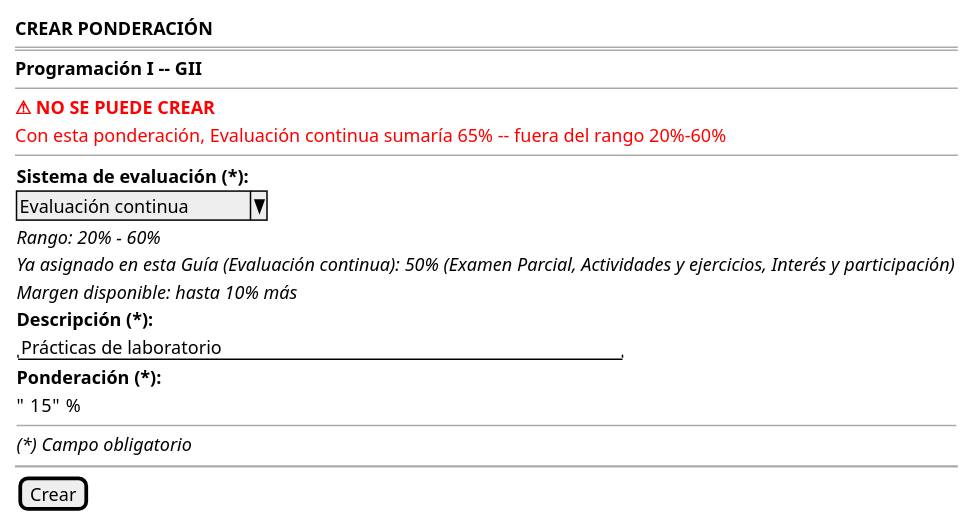
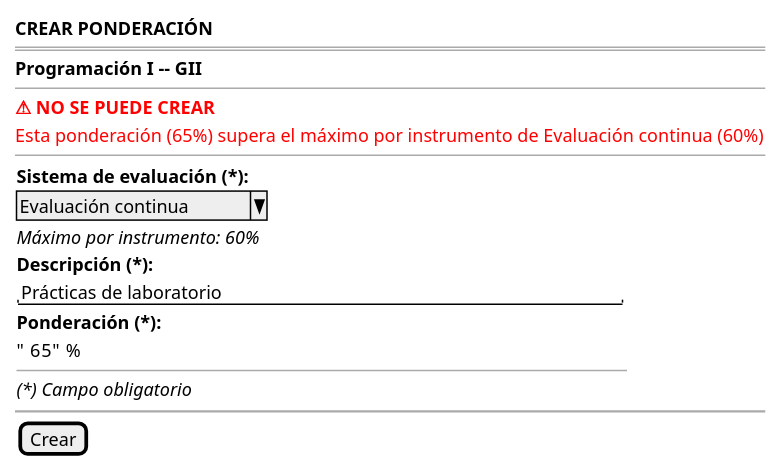
Before and after one commit to mmasias/pyCeldaPublico: the second of 2 diagrams in RUP/01-requisitos/03-detalle-casos-uso/crearPonderacionEvaluacion/wireframes.puml, drawn with PlantUML. The commit also changed other lines of this file and 14 other files, not shown here.

```diff
--- a/RUP/01-requisitos/03-detalle-casos-uso/crearPonderacionEvaluacion/wireframes.puml
+++ b/RUP/01-requisitos/03-detalle-casos-uso/crearPonderacionEvaluacion/wireframes.puml
@@ -25,26 +23,24 @@
 @startsalt crearPonderacionEvaluacion-wireframe-error
 {
     <b>CREAR PONDERACIÓN</b>
     ====
     <b>Programación I -- GII</b>
     --
     <color:red><b>⚠ NO SE PUEDE CREAR</b></color>
-    <color:red>Con esta ponderación, Evaluación continua sumaría 65% -- fuera del rango 20%-60%</color>
+    <color:red>Esta ponderación (65%) supera el máximo por instrumento de Evaluación continua (60%)</color>
     --
     {
         <b>Sistema de evaluación (*):</b>
         ^Evaluación continua^
-        <i>Rango: 20% - 60%</i>
-        <i>Ya asignado en esta Guía (Evaluación continua): 50% (Examen Parcial, Actividades y ejercicios, Interés y participación)</i>
-        <i>Margen disponible: hasta 10% más</i>
+        <i>Máximo por instrumento: 60%</i>
         <b>Descripción (*):</b>
         "Prácticas de laboratorio                          "
         <b>Ponderación (*):</b>
-        "  15" %
+        "  65" %
         --
         <i>(*) Campo obligatorio</i>
     }
     ~~
     {[Crear]}
 }
 @endsalt
```
